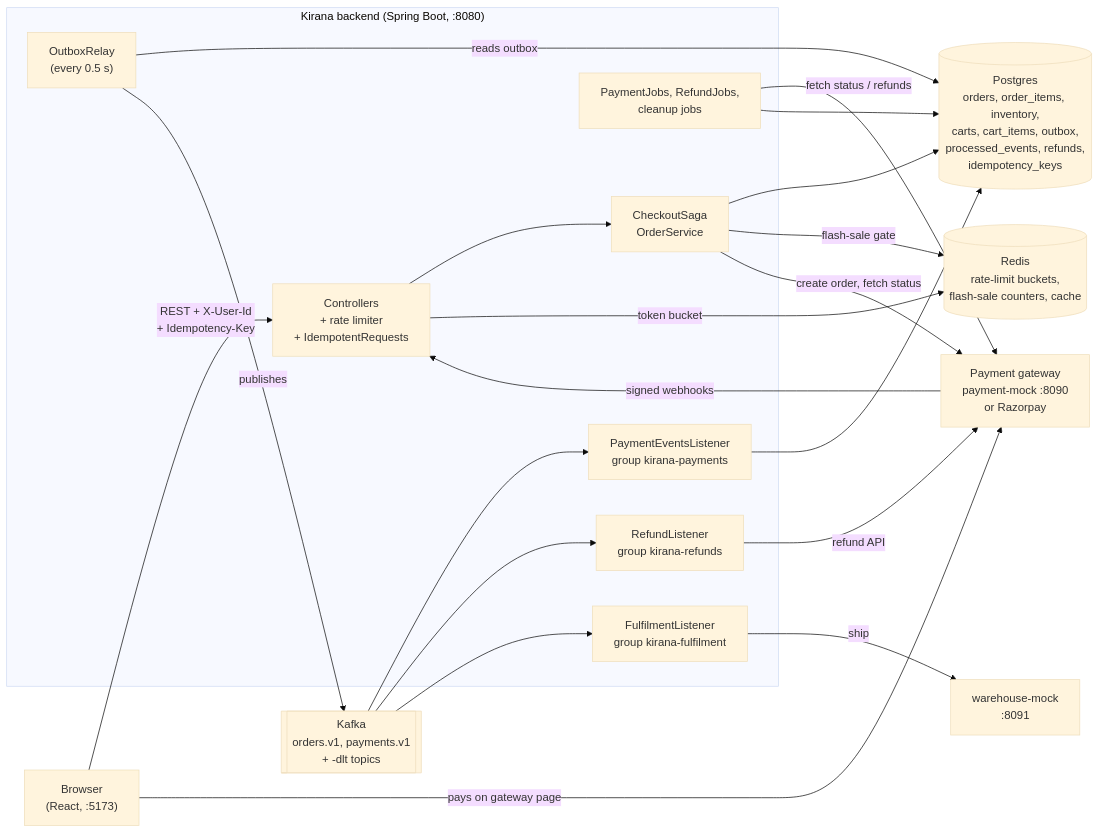
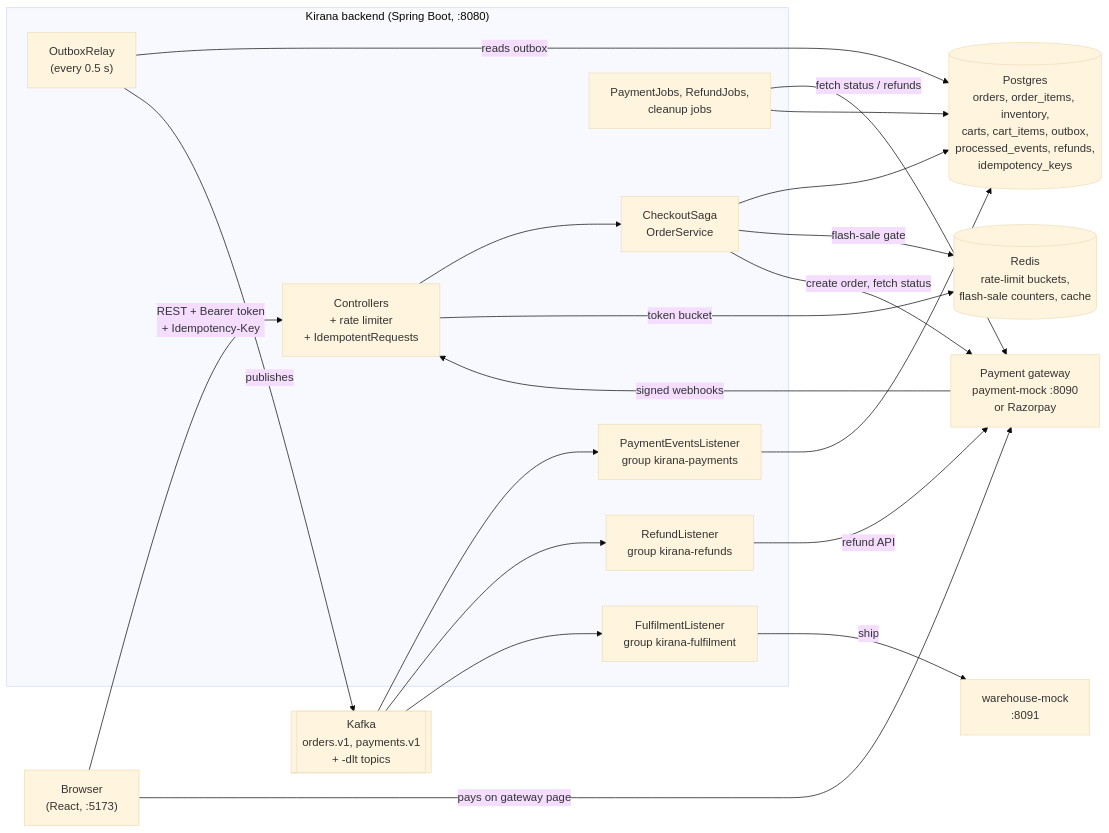
One commit to ravikant06/kirana changed the first of 11 diagrams in docs/flows.md. Above: the diagram before and after it, drawn with Mermaid (base theme). The commit also changed other lines of this file and 82 other files, not shown here.

````diff
--- a/docs/flows.md
+++ b/docs/flows.md
@@ -18,35 +18,35 @@
 ```mermaid
 flowchart LR
     B["Browser<br/>(React, :5173)"]
     subgraph K["Kirana backend (Spring Boot, :8080)"]
         API["Controllers<br/>+ rate limiter<br/>+ IdempotentRequests"]
         SAGA["CheckoutSaga<br/>OrderService"]
         REL["OutboxRelay<br/>(every 0.5 s)"]
         JOBS["PaymentJobs, RefundJobs,<br/>cleanup jobs"]
         L1["PaymentEventsListener<br/>group kirana-payments"]
         L2["RefundListener<br/>group kirana-refunds"]
         L3["FulfilmentListener<br/>group kirana-fulfilment"]
     end
     PG[("Postgres<br/>orders, order_items, inventory,<br/>carts, cart_items, outbox,<br/>processed_events, refunds,<br/>idempotency_keys")]
     R[("Redis<br/>rate-limit buckets,<br/>flash-sale counters, cache")]
     KF[["Kafka<br/>orders.v1, payments.v1<br/>+ -dlt topics"]]
     GW["Payment gateway<br/>payment-mock :8090<br/>or Razorpay"]
     WH["warehouse-mock<br/>:8091"]
 
-    B -->|"REST + X-User-Id<br/>+ Idempotency-Key"| API
+    B -->|"REST + Bearer token<br/>+ Idempotency-Key"| API
     B -->|"pays on gateway page"| GW
     API --> SAGA
     SAGA --> PG
     API -->|"token bucket"| R
     SAGA -->|"flash-sale gate"| R
     SAGA -->|"create order, fetch status"| GW
     GW -->|"signed webhooks"| API
     REL -->|"reads outbox"| PG
     REL -->|"publishes"| KF
     KF --> L1 & L2 & L3
     L1 --> PG
     L2 -->|"refund API"| GW
     L3 -->|"ship"| WH
     JOBS -->|"fetch status / refunds"| GW
     JOBS --> PG
 ```
````
